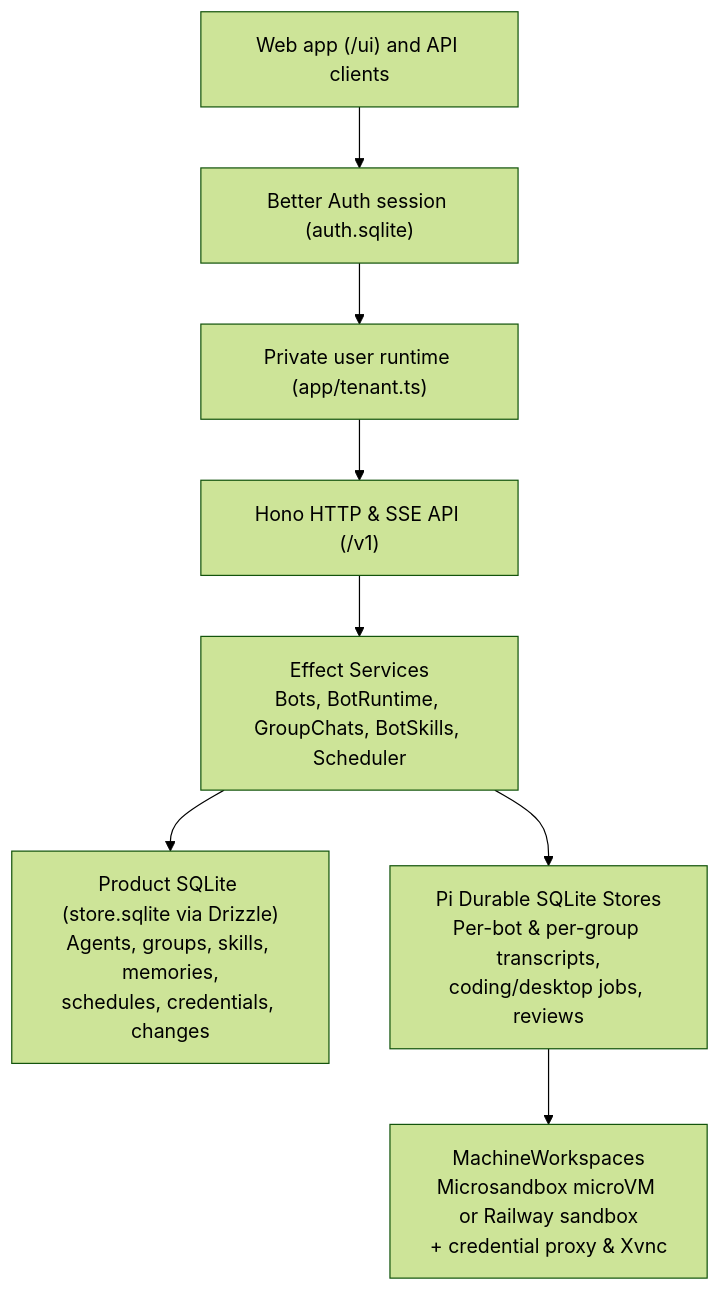
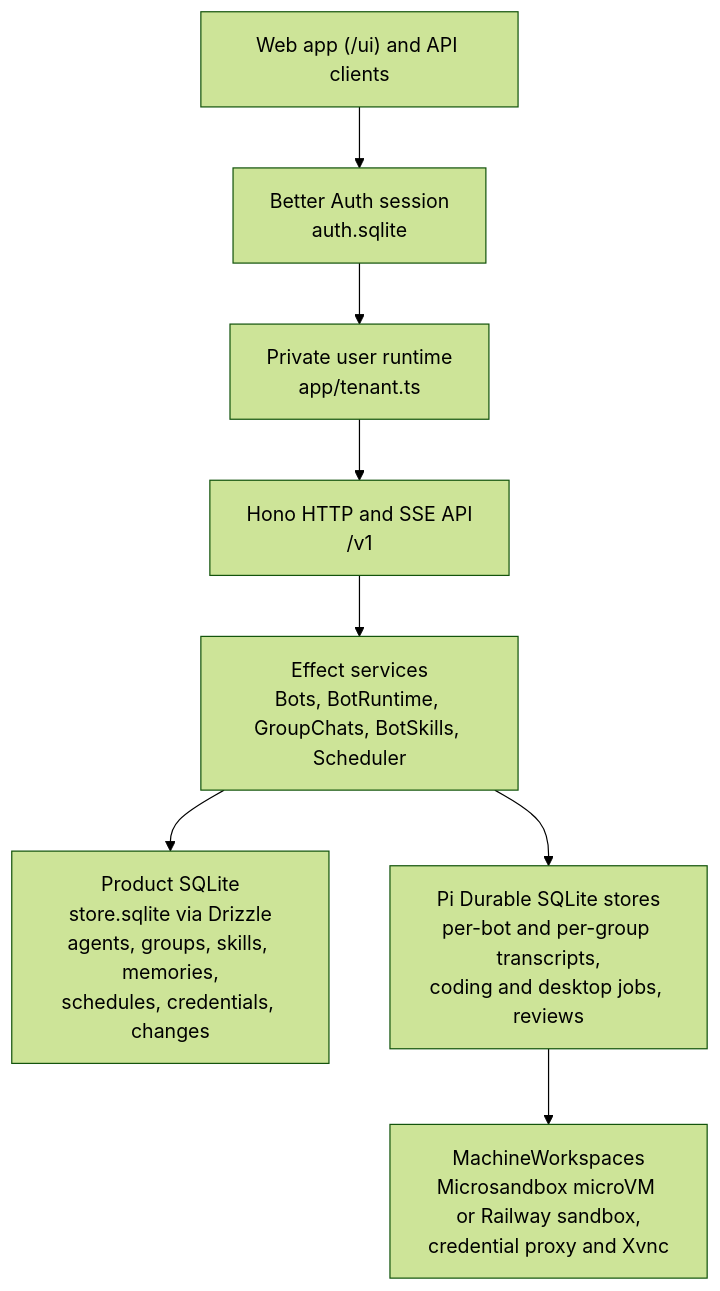
Before and after one commit to crumble-project/bot: the diagram in apps/docs/content/contributing/architecture.mdx, drawn with Mermaid (forest theme). The commit also changed other lines of this file and 30 other files, not shown here.

````diff
--- a/apps/docs/content/contributing/architecture.mdx
+++ b/apps/docs/content/contributing/architecture.mdx
@@ -10,10 +13,10 @@
 ```mermaid
 flowchart TD
-  Browser["Web app (/ui) and API clients"] --> Auth["Better Auth session (auth.sqlite)"]
-  Auth --> Tenant["Private user runtime (app/tenant.ts)"]
-  Tenant --> API["Hono HTTP & SSE API (/v1)"]
-  API --> Services["Effect Services\nBots, BotRuntime, GroupChats, BotSkills, Scheduler"]
-  Services --> Product["Product SQLite (store.sqlite via Drizzle)\nAgents, groups, skills, memories,\nschedules, credentials, changes"]
-  Services --> Pi["Pi Durable SQLite Stores\nPer-bot & per-group transcripts,\ncoding/desktop jobs, reviews"]
-  Pi --> Workspaces["MachineWorkspaces\nMicrosandbox microVM or Railway sandbox\n+ credential proxy & Xvnc"]
+  Browser["Web app (/ui) and API clients"] --> Auth["Better Auth session<br/>auth.sqlite"]
+  Auth --> Tenant["Private user runtime<br/>app/tenant.ts"]
+  Tenant --> API["Hono HTTP and SSE API<br/>/v1"]
+  API --> Services["Effect services<br/>Bots, BotRuntime, GroupChats, BotSkills, Scheduler"]
+  Services --> Product["Product SQLite<br/>store.sqlite via Drizzle<br/>agents, groups, skills, memories,<br/>schedules, credentials, changes"]
+  Services --> Pi["Pi Durable SQLite stores<br/>per-bot and per-group transcripts,<br/>coding and desktop jobs, reviews"]
+  Pi --> Workspaces["MachineWorkspaces<br/>Microsandbox microVM or Railway sandbox,<br/>credential proxy and Xvnc"]
 ```
````
